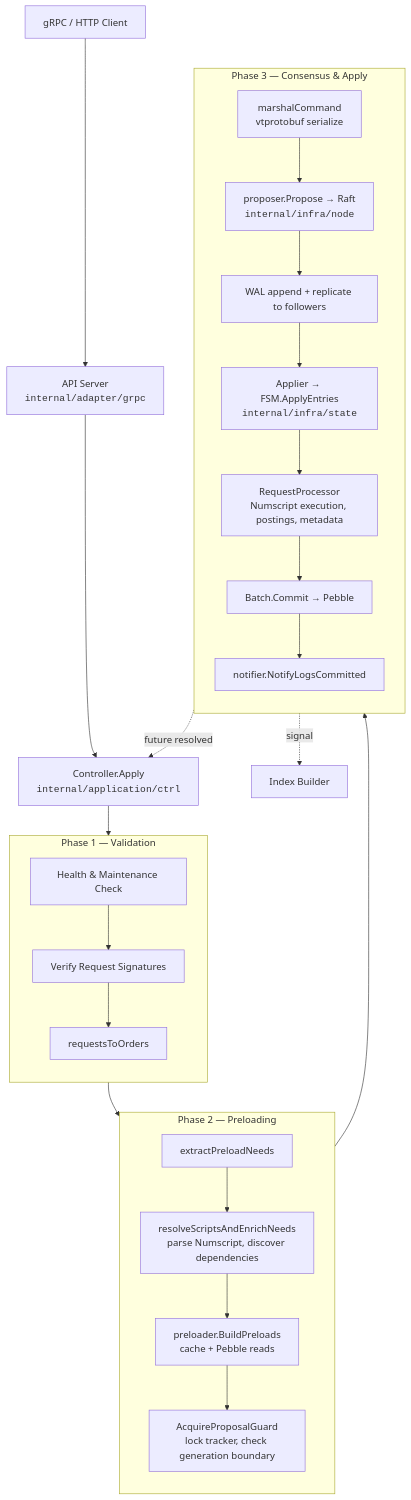
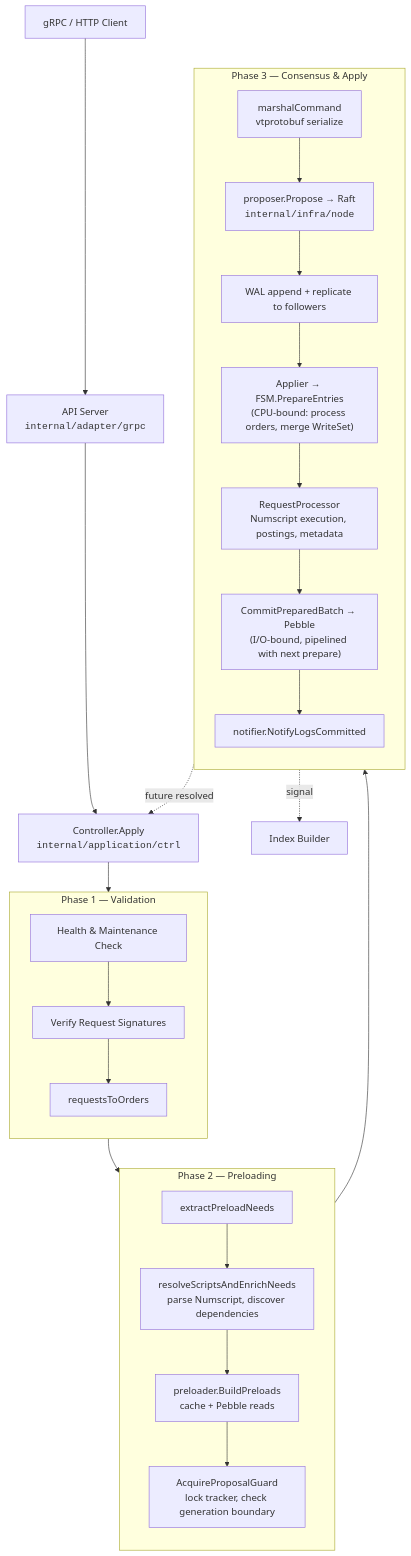
The first of 5 diagrams in docs/technical/architecture-overview.md (formancehq/ledger), drawn with Mermaid before and after one commit. The commit also changed other lines of this file and 2 other files, not shown here.

Commit message:
docs: document Applier pipelining and fix bloom filter description
- architecture-overview.md: update admission diagram and prose to
  reflect PrepareEntries/CommitPreparedBatch pipelining. Fix bloom
  filter description (preload path, not ReadStore).
- raft-consensus.md: expand Applier section with two-level pipelining
  (WAL↔FSM overlap + prepare↔commit pipeline), commitCh, drain points.
- data-flows.md: update entry processing code block to show
  applyEntriesPipelined and waitPendingCommit before spool transition.

````diff
--- a/docs/technical/architecture-overview.md
+++ b/docs/technical/architecture-overview.md
@@ -21,42 +21,42 @@
 ```mermaid
 flowchart TB
     Client["gRPC / HTTP Client"] --> API["API Server<br/><code>internal/adapter/grpc</code>"]
     API --> Ctrl["Controller.Apply<br/><code>internal/application/ctrl</code>"]
     Ctrl --> Adm
 
     subgraph Adm["Phase 1 — Validation"]
         direction TB
         HealthCheck["Health & Maintenance Check"]
         SigVerify["Verify Request Signatures"]
         ToOrders["requestsToOrders"]
         HealthCheck --> SigVerify --> ToOrders
     end
 
     ToOrders --> Preload
 
     subgraph Preload["Phase 2 — Preloading"]
         direction TB
         ExtractNeeds["extractPreloadNeeds"]
         ResolveScripts["resolveScriptsAndEnrichNeeds<br/>parse Numscript, discover dependencies"]
         BuildPreloads["preloader.BuildPreloads<br/>cache + Pebble reads"]
         Guard["AcquireProposalGuard<br/>lock tracker, check generation boundary"]
         ExtractNeeds --> ResolveScripts --> BuildPreloads --> Guard
     end
 
     Guard --> Consensus
 
     subgraph Consensus["Phase 3 — Consensus & Apply"]
         direction TB
         Marshal["marshalCommand<br/>vtprotobuf serialize"]
         Propose["proposer.Propose → Raft<br/><code>internal/infra/node</code>"]
         Replicate["WAL append + replicate to followers"]
-        Apply["Applier → FSM.ApplyEntries<br/><code>internal/infra/state</code>"]
+        Apply["Applier → FSM.PrepareEntries<br/>(CPU-bound: process orders, merge WriteSet)"]
         Process["RequestProcessor<br/>Numscript execution, postings, metadata"]
-        Commit["Batch.Commit → Pebble"]
+        Commit["CommitPreparedBatch → Pebble<br/>(I/O-bound, pipelined with next prepare)"]
         Notify["notifier.NotifyLogsCommitted"]
         Marshal --> Propose --> Replicate --> Apply --> Process --> Commit --> Notify
     end
 
     Notify -.->|signal| IndexBuilder["Index Builder"]
     Commit -.->|future resolved| Ctrl
 ```
````
